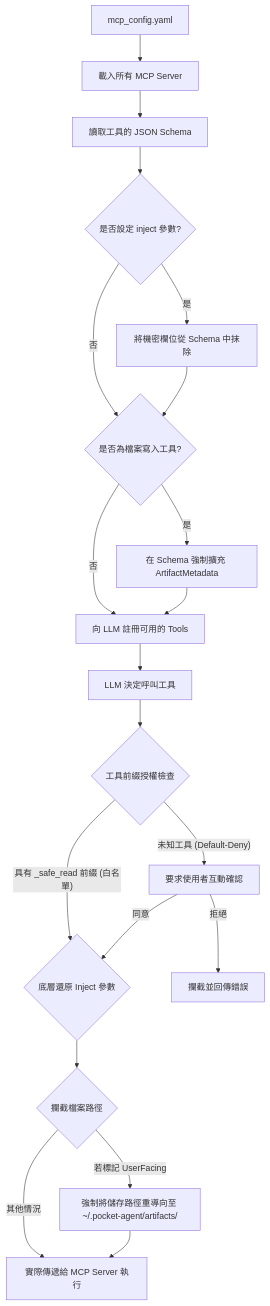
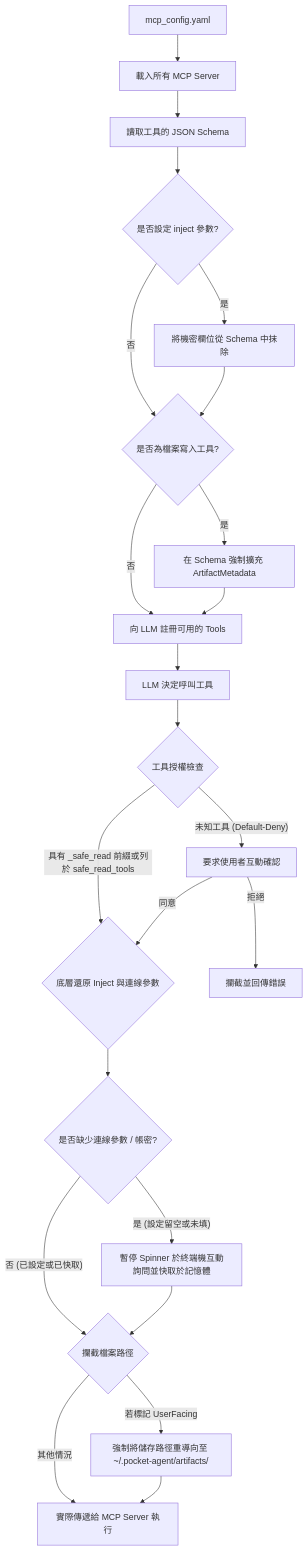
Before and after one commit to zanta0529/pocket-agent: the diagram in docs/mcp-architecture.md, drawn with Mermaid. The commit also changed other lines of this file and 7 other files, not shown here.

````diff
--- a/docs/mcp-architecture.md
+++ b/docs/mcp-architecture.md
@@ -7,27 +7,30 @@
 ```mermaid
 flowchart TD
     Config[mcp_config.yaml] --> LoadMCP[載入所有 MCP Server]
     LoadMCP --> ReadSchema[讀取工具的 JSON Schema]
 
     ReadSchema --> StripInject{是否設定 inject 參數?}
     StripInject -- 是 --> RemoveSecret[將機密欄位從 Schema 中抹除]
     StripInject -- 否 --> CheckArtifact{是否為檔案寫入工具?}
     RemoveSecret --> CheckArtifact
 
     CheckArtifact -- 是 --> AddMeta[在 Schema 強制擴充 ArtifactMetadata]
     CheckArtifact -- 否 --> Register[向 LLM 註冊可用的 Tools]
     AddMeta --> Register
 
     Register --> LLMCall[LLM 決定呼叫工具]
 
-    LLMCall --> CheckAuth{工具前綴授權檢查}
-    CheckAuth -- 具有 _safe_read 前綴 (白名單) --> InjectArg{底層還原 Inject 參數}
+    LLMCall --> CheckAuth{工具授權檢查}
+    CheckAuth -- 具有 _safe_read 前綴或列於 safe_read_tools --> InjectArg{底層還原 Inject 與連線參數}
     CheckAuth -- 未知工具 (Default-Deny) --> RequireConfirm[要求使用者互動確認]
     RequireConfirm -- 同意 --> InjectArg
     RequireConfirm -- 拒絕 --> Block[攔截並回傳錯誤]
 
-    InjectArg --> InterceptPath{攔截檔案路徑}
+    InjectArg --> CheckConn{是否缺少連線參數 / 帳密?}
+    CheckConn -- 是 (設定留空或未填) --> PromptConn[暫停 Spinner 於終端機互動詢問並快取於記憶體]
+    CheckConn -- 否 (已設定或已快取) --> InterceptPath{攔截檔案路徑}
+    PromptConn --> InterceptPath
     InterceptPath -- 若標記 UserFacing --> RedirectPath[強制將儲存路徑重導向至 ~/.pocket-agent/artifacts/]
     InterceptPath -- 其他情況 --> Exec[實際傳遞給 MCP Server 執行]
     RedirectPath --> Exec
 ```
````
